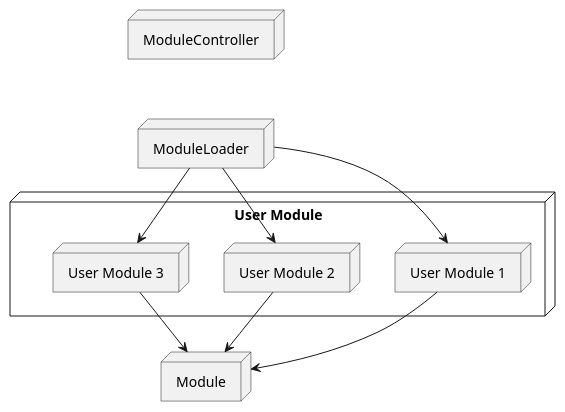
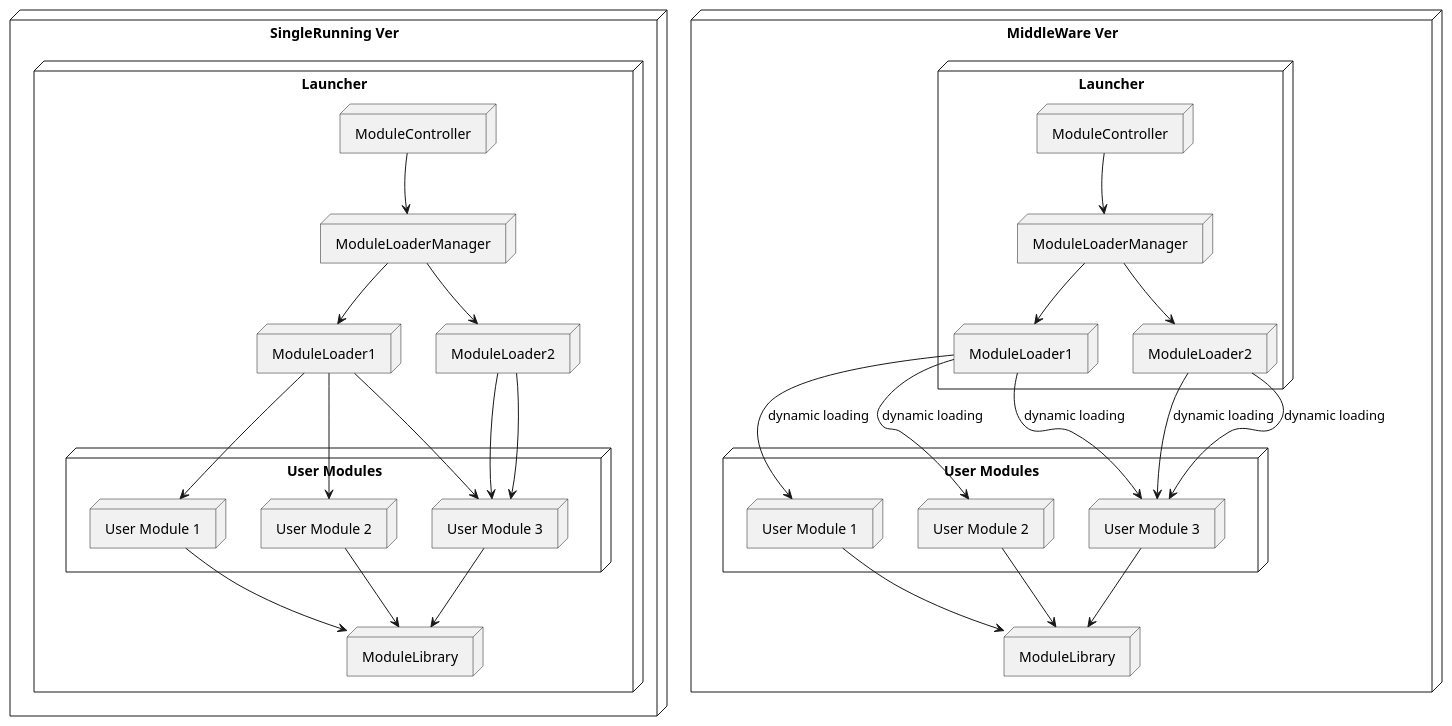
The diagram in doc/UML/module_architectur.plantuml (ISSuh/SimpleComponentTemplate), drawn with PlantUML before and after one commit.

Commit message:
[DOC] system diagram update

```diff
--- a/doc/UML/module_architectur.plantuml
+++ b/doc/UML/module_architectur.plantuml
@@ -1,28 +1,86 @@
 @startuml Module Hierarchy v0.0.1
 ' left to right direction
 
-node "Module" as module
+node "SingleRunning Ver" {
+  node "Launcher" as singleLauncherVer {
 
-node "User Module" as uModule {
-  node "User Module 1" as uModule1
-  node "User Module 2" as uModule2
-  node "User Module 3" as uModule3
+    node "ModuleLibrary" as module
+
+    node "User Modules" as uModule {
+      node "User Module 1" as uModule1
+      node "User Module 2" as uModule2
+      node "User Module 3" as uModule3
+    }
+
+    node "ModuleLoader1" as moduleLoader1
+    node "ModuleLoader2" as moduleLoader2
+    node "ModuleLoaderManager" as moduleLoaderManager
+    node "ModuleController" as moduleController
+
+    moduleController -[hidden]- moduleLoaderManager
+    moduleLoaderManager -[hidden]- moduleLoader1
+    moduleLoaderManager -[hidden]- moduleLoader2
+    moduleLoader1 -[hidden]- uModule
+    moduleLoader2 -[hidden]- uModule
+    uModule -[hidden]- module
+
+    uModule1 -> module
+    uModule2 -> module
+    uModule3 -> module
+
+    moduleLoader1 -> uModule1
+    moduleLoader1 -> uModule2
+    moduleLoader1 -> uModule3
+    moduleLoader2 -> uModule3
+    moduleLoader2 -> uModule3
+
+    moduleLoaderManager -> moduleLoader1
+    moduleLoaderManager -> moduleLoader2
+
+    moduleController -> moduleLoaderManager
+  }
 }
 
-node "ModuleLoader" as moduleLoader
-node "ModuleController" as moduleController
+node "MiddleWare Ver" {
 
-moduleController -[hidden]- moduleLoader
-moduleLoader -[hidden]- uModule
-uModule -[hidden]- module
+  node "User Modules" as uModule_2 {
+    node "User Module 1" as uModule1_2
+    node "User Module 2" as uModule2_2
+    node "User Module 3" as uModule3_2
+  }
+
+  node "ModuleLibrary" as module_2
+  
+  node "Launcher" as middleWareLauncherVer {
+    node "ModuleLoader1" as moduleLoader1_2
+    node "ModuleLoader2" as moduleLoader2_2
+    node "ModuleLoaderManager" as moduleLoaderManager_2
+    node "ModuleController" as moduleController_2
+
+    moduleController_2 -[hidden]- moduleLoaderManager_2
+    moduleLoaderManager_2 -[hidden]- moduleLoader1_2
+    moduleLoaderManager_2 -[hidden]- moduleLoader2_2
+    moduleLoader1_2 -[hidden]- uModule_2
+    moduleLoader2_2 -[hidden]- uModule_2
+    uModule_2 -[hidden]- module_2
+
+    uModule1_2 -> module_2
+    uModule2_2 -> module_2
+    uModule3_2 -> module_2
+
+    moduleLoader1_2 -> uModule1_2 : dynamic loading
+    moduleLoader1_2 -> uModule2_2 : dynamic loading
+    moduleLoader1_2 -> uModule3_2 : dynamic loading
+    moduleLoader2_2 -> uModule3_2 : dynamic loading
+    moduleLoader2_2 -> uModule3_2 : dynamic loading
+
+    moduleLoaderManager_2 -> moduleLoader1_2
+    moduleLoaderManager_2 -> moduleLoader2_2
+
+    moduleController_2 -> moduleLoaderManager_2
+  }
 
 
-uModule1 -> module
-uModule2 -> module
-uModule3 -> module
-
-moduleLoader -> uModule1
-moduleLoader -> uModule2
-moduleLoader -> uModule3
+}
 
 @enduml
```
